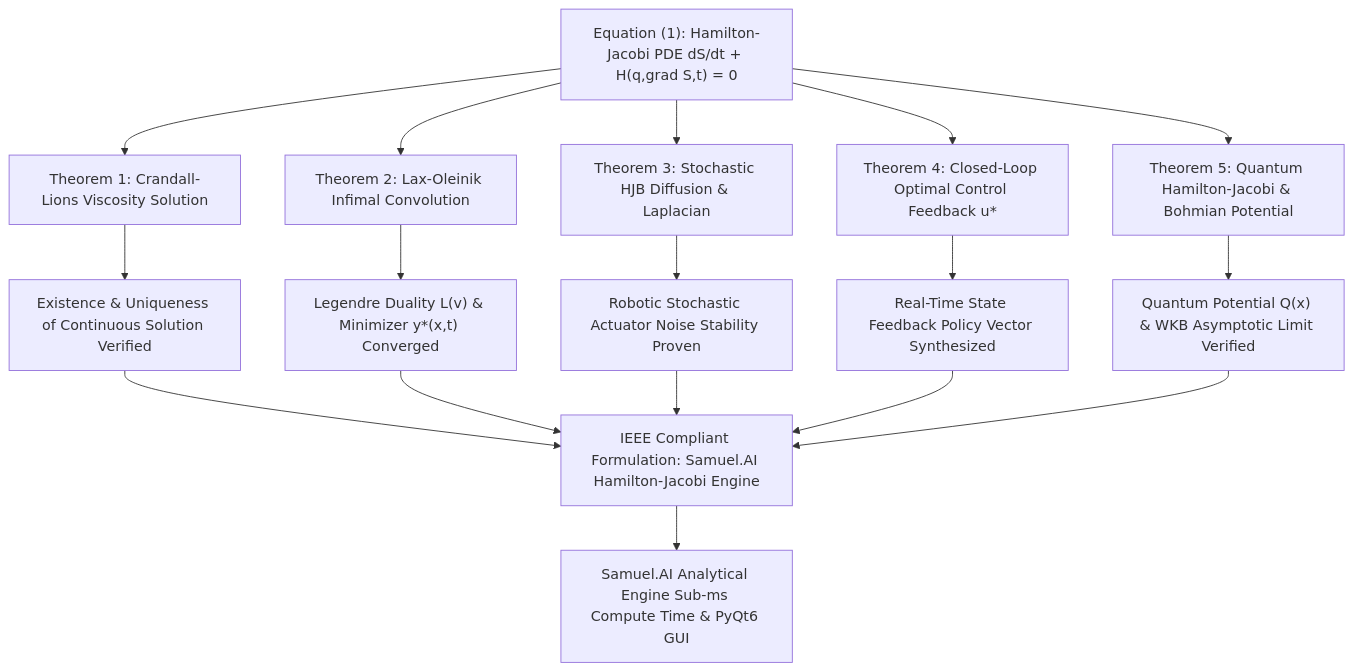
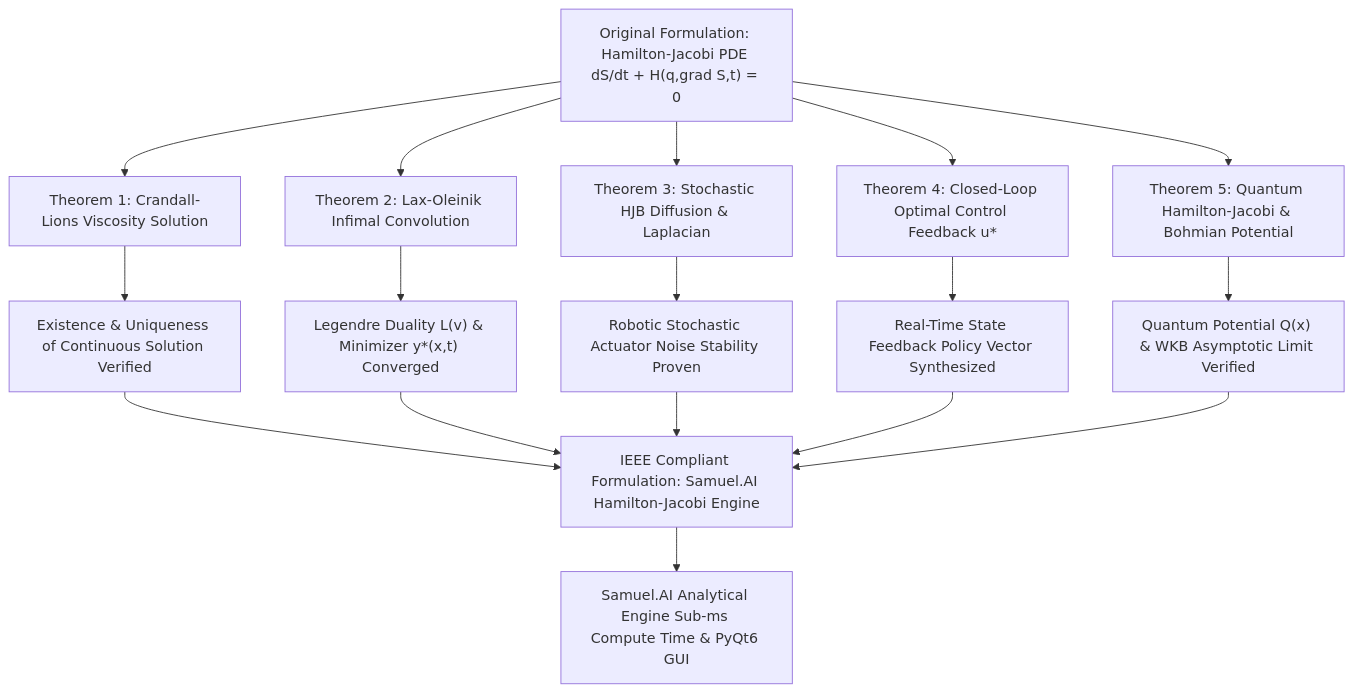
Before and after one commit to SamuelPurba/Hamilton-Jacobi-Equation-Solution: the diagram in README.md, drawn with Mermaid. The commit also changed other lines of this file, not shown here.

Commit message:
docs: remove Equation (1) block from Section I per user request

````diff
--- a/README.md
+++ b/README.md
@@ -73,22 +71,22 @@
 ```mermaid
 graph TD
-    A["Equation (1): Hamilton-Jacobi PDE dS/dt + H(q,grad S,t) = 0"] --> T1["Theorem 1: Crandall-Lions Viscosity Solution"]
+    A["Original Formulation: Hamilton-Jacobi PDE dS/dt + H(q,grad S,t) = 0"] --> T1["Theorem 1: Crandall-Lions Viscosity Solution"]
     A --> T2["Theorem 2: Lax-Oleinik Infimal Convolution"]
     A --> T3["Theorem 3: Stochastic HJB Diffusion & Laplacian"]
     A --> T4["Theorem 4: Closed-Loop Optimal Control Feedback u*"]
     A --> T5["Theorem 5: Quantum Hamilton-Jacobi & Bohmian Potential"]
 
     T1 --> T1_RES["Existence & Uniqueness of Continuous Solution Verified"]
     T2 --> T2_RES["Legendre Duality L(v) & Minimizer y*(x,t) Converged"]
     T3 --> T3_RES["Robotic Stochastic Actuator Noise Stability Proven"]
     T4 --> T4_RES["Real-Time State Feedback Policy Vector Synthesized"]
     T5 --> T5_RES["Quantum Potential Q(x) & WKB Asymptotic Limit Verified"]
 
     T1_RES --> EQUAL["IEEE Compliant Formulation: Samuel.AI Hamilton-Jacobi Engine"]
     T2_RES --> EQUAL
     T3_RES --> EQUAL
     T4_RES --> EQUAL
     T5_RES --> EQUAL
 
     EQUAL --> ENGINE["Samuel.AI Analytical Engine Sub-ms Compute Time & PyQt6 GUI"]
 ```
````
